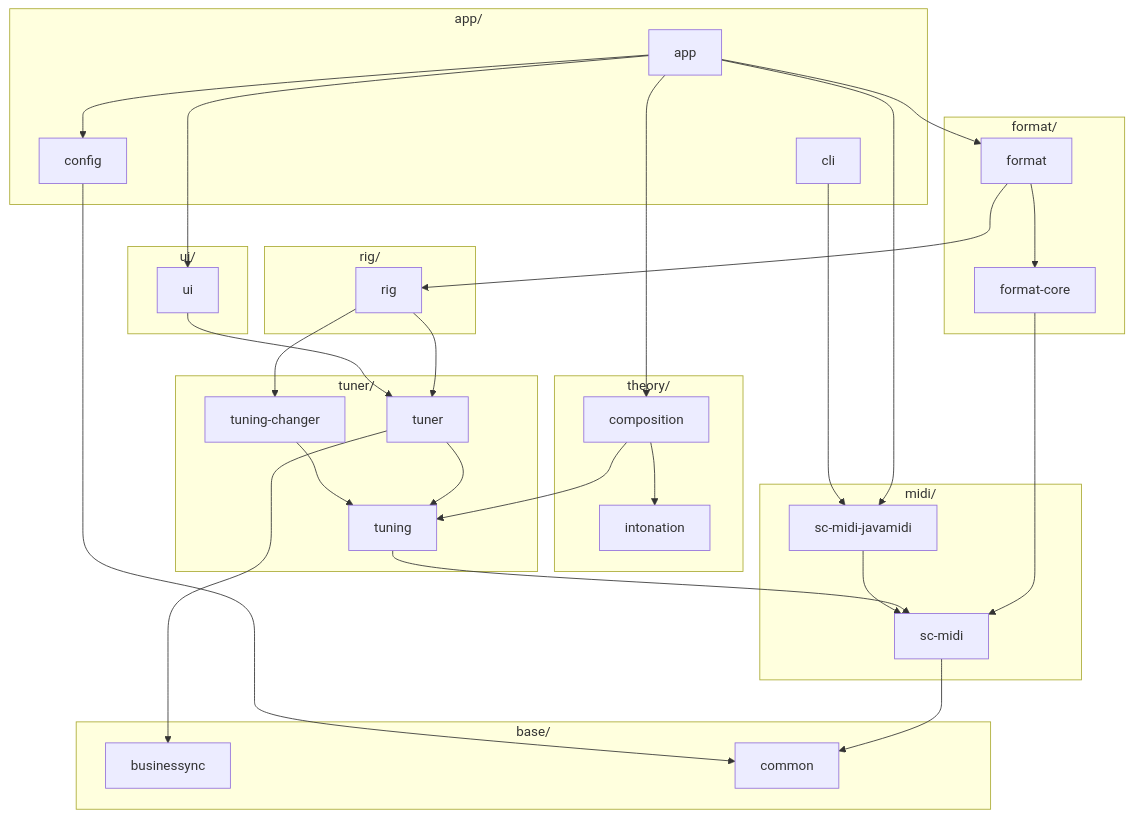
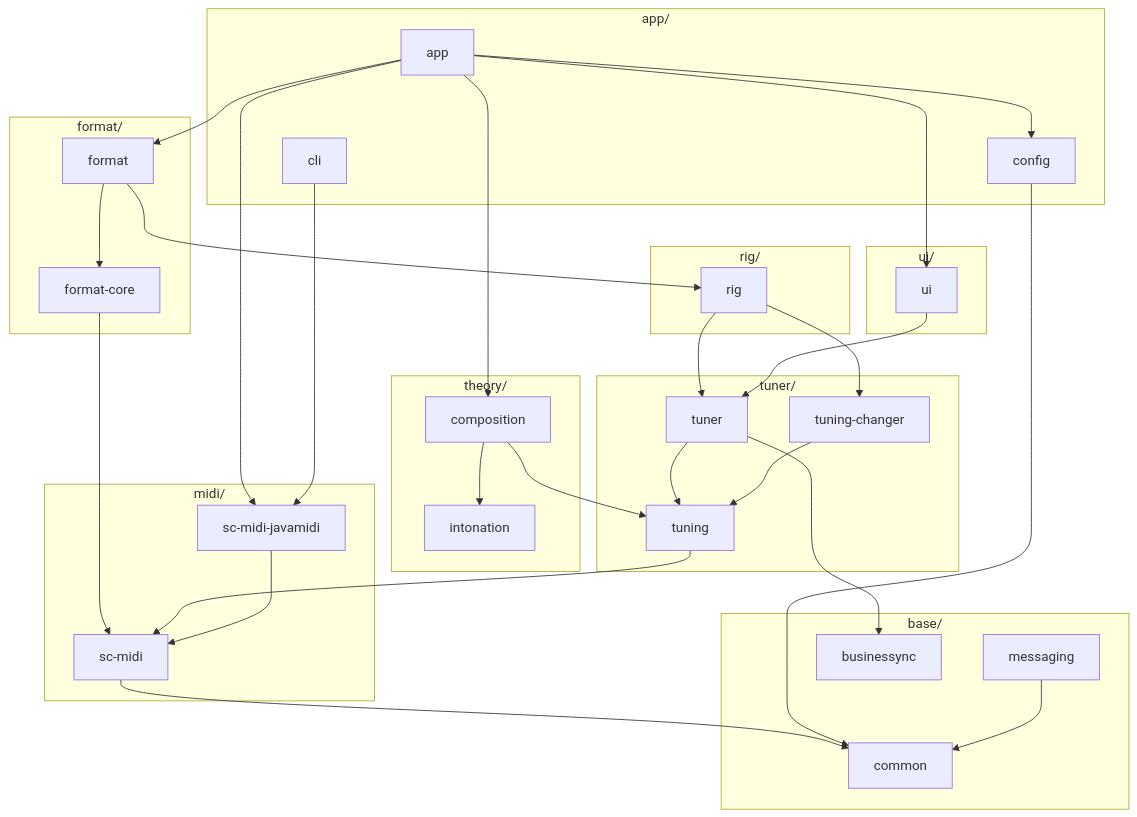
One commit to calinburloiu/microtonalist changed the diagram in docs/architecture/module-overview.md. Above: the diagram before and after it, drawn with Mermaid. The commit also changed other lines of this file and 22 other files, not shown here.

````diff
--- a/docs/architecture/module-overview.md
+++ b/docs/architecture/module-overview.md
@@ -54,48 +55,50 @@
 ```mermaid
 flowchart TD
   subgraph appGroup ["app/"]
     app
     config
     cli
   end
   subgraph uiGroup ["ui/"]
     ui
   end
   subgraph formatGroup ["format/"]
     format
     formatCore["format-core"]
   end
   subgraph rigGroup ["rig/"]
     rig
   end
   subgraph theoryGroup ["theory/"]
     composition
     intonation
   end
   subgraph tunerGroup ["tuner/"]
     tuner
     tuningChanger["tuning-changer"]
     tuning
   end
   subgraph midiGroup ["midi/"]
     scMidiJavamidi["sc-midi-javamidi"]
     scMidi["sc-midi"]
   end
   subgraph baseGroup ["base/"]
+    messaging
     businessync
     common
   end
   app --> config & ui & format & composition & scMidiJavamidi
   format --> formatCore & rig
   formatCore --> scMidi
   composition --> intonation & tuning
   rig --> tuner & tuningChanger
   ui --> tuner
   tuner --> tuning & businessync
   tuningChanger --> tuning
   tuning --> scMidi
   cli --> scMidiJavamidi
   scMidiJavamidi --> scMidi
   scMidi --> common
   config --> common
+  messaging --> common
 ```
````
